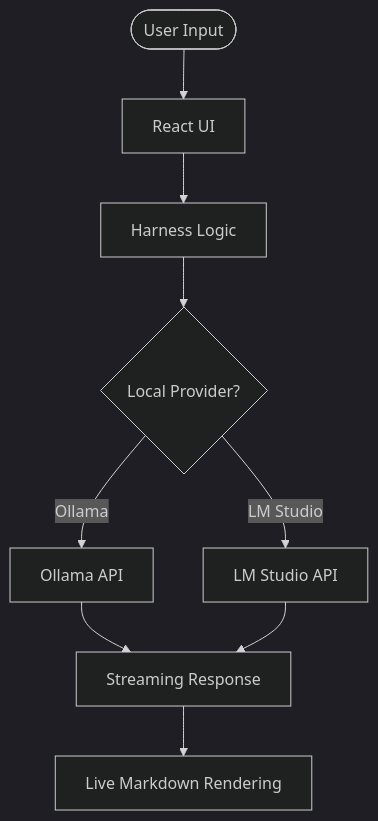
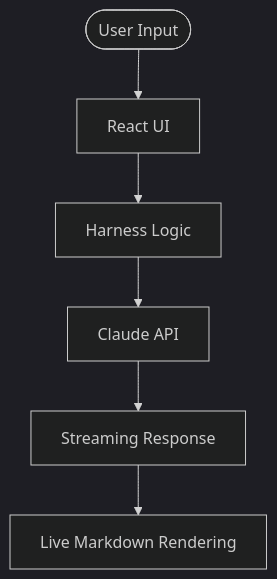
One commit to navapbc/ai-academy changed the diagram in architecture.md. Above: the diagram before and after it, drawn with Mermaid (dark theme). The commit also changed other lines of this file and 6 other files, not shown here.

````diff
--- a/architecture.md
+++ b/architecture.md
@@ -25,11 +24,8 @@
 ```mermaid
 graph TD
     User([User Input]) --> App[React UI]
     App --> Harness[Harness Logic]
-    Harness --> LocalEndpoint{Local Provider?}
-    LocalEndpoint -- Ollama --> O[Ollama API]
-    LocalEndpoint -- LM Studio --> LS[LM Studio API]
-    O --> Response[Streaming Response]
-    LS --> Response
+    Harness --> Claude[Claude API]
+    Claude --> Response[Streaming Response]
     Response --> UI[Live Markdown Rendering]
 ```
````
